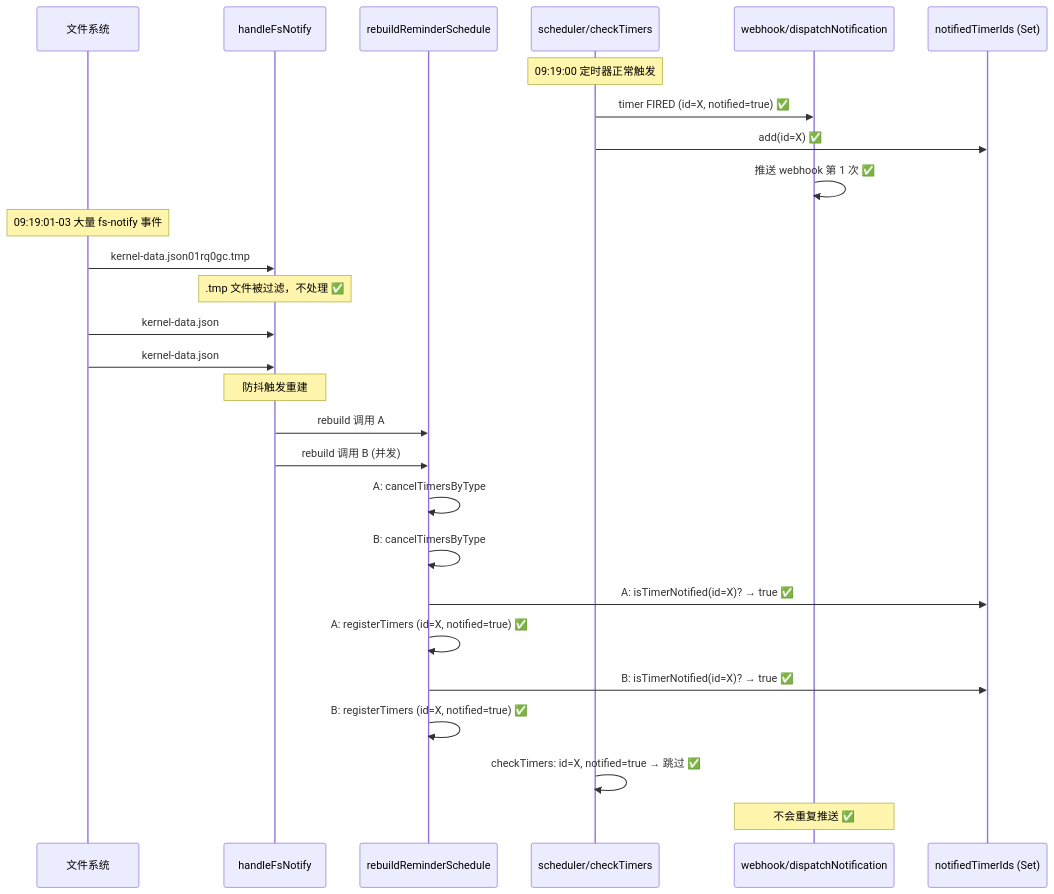
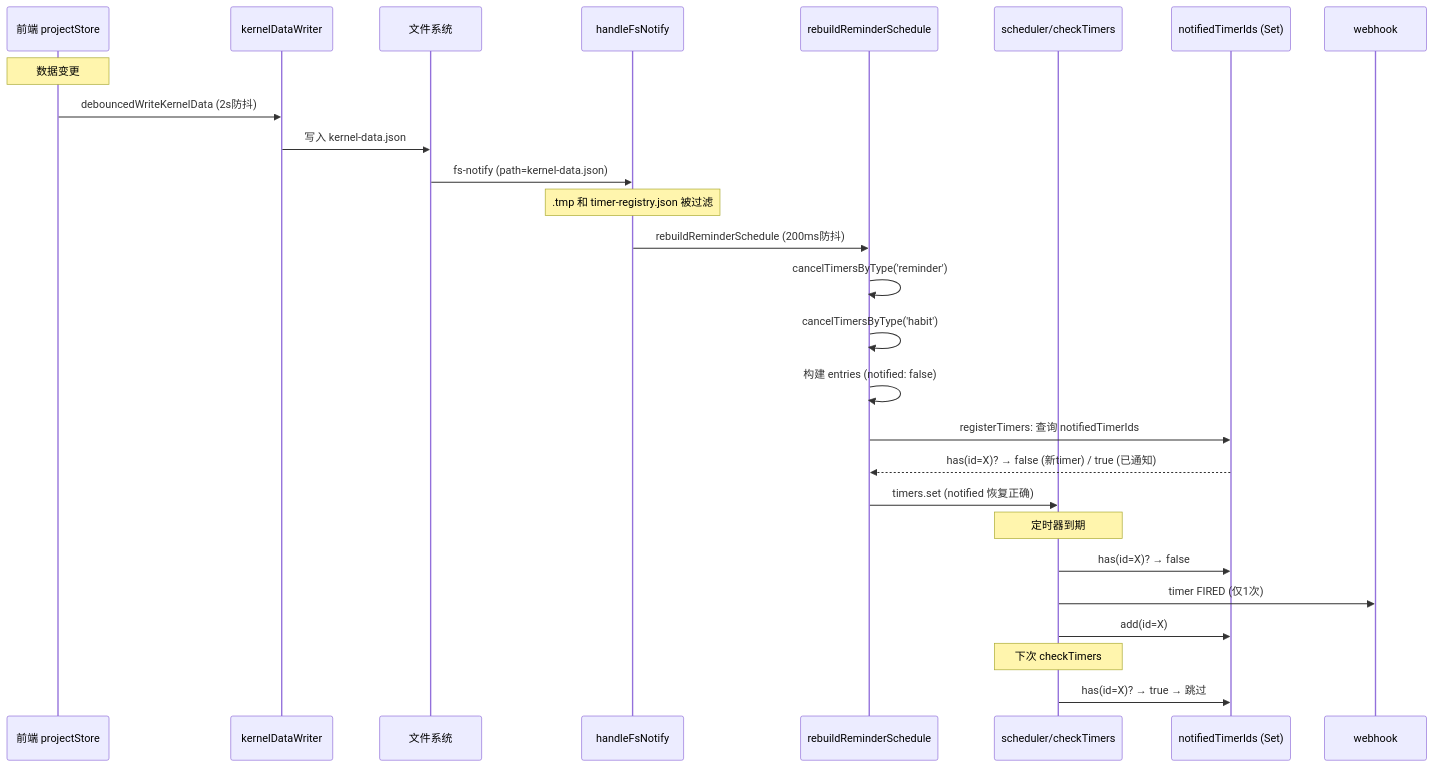
The first of 2 diagrams in docs/superpowers/specs/2026-05-28-webhook-reminder-dedup-design.md (MoonBottle/siyuan-plugin-bullet-journal), drawn with Mermaid before and after one commit. The commit also changed other lines of this file and 7 other files, not shown here.

````diff
--- a/docs/superpowers/specs/2026-05-28-webhook-reminder-dedup-design.md
+++ b/docs/superpowers/specs/2026-05-28-webhook-reminder-dedup-design.md
@@ -68,34 +72,32 @@
 ```mermaid
 sequenceDiagram
+    participant FE as 前端 projectStore
+    participant KDW as kernelDataWriter
     participant FS as 文件系统
     participant HFN as handleFsNotify
     participant RRS as rebuildReminderSchedule
     participant SCH as scheduler/checkTimers
-    participant WH as webhook/dispatchNotification
     participant NTIDS as notifiedTimerIds (Set)
+    participant WH as webhook
 
-    Note over SCH: 09:19:00 定时器正常触发
-    SCH->>WH: timer FIRED (id=X, notified=true) ✅
-    SCH->>NTIDS: add(id=X) ✅
-    WH->>WH: 推送 webhook 第 1 次 ✅
+    Note over FE: 数据变更
+    FE->>KDW: debouncedWriteKernelData (2s防抖)
+    KDW->>FS: 写入 kernel-data.json
+    FS->>HFN: fs-notify (path=kernel-data.json)
+    Note over HFN: .tmp 和 timer-registry.json 被过滤
+    HFN->>RRS: rebuildReminderSchedule (200ms防抖)
+    RRS->>RRS: cancelTimersByType('reminder')
+    RRS->>RRS: cancelTimersByType('habit')
+    RRS->>RRS: 构建 entries (notified: false)
+    RRS->>NTIDS: registerTimers: 查询 notifiedTimerIds
+    NTIDS-->>RRS: has(id=X)? → false (新timer) / true (已通知)
+    RRS->>SCH: timers.set (notified 恢复正确)
 
-    Note over FS: 09:19:01-03 大量 fs-notify 事件
-    FS->>HFN: kernel-data.json01rq0gc.tmp
-    Note over HFN: .tmp 文件被过滤，不处理 ✅
-    FS->>HFN: kernel-data.json
-    FS->>HFN: kernel-data.json
+    Note over SCH: 定时器到期
+    SCH->>NTIDS: has(id=X)? → false
+    SCH->>WH: timer FIRED (仅1次)
+    SCH->>NTIDS: add(id=X)
 
-    Note over HFN: 防抖触发重建
-    HFN->>RRS: rebuild 调用 A
-    HFN->>RRS: rebuild 调用 B (并发)
-
-    RRS->>RRS: A: cancelTimersByType
-    RRS->>RRS: B: cancelTimersByType
-    RRS->>NTIDS: A: isTimerNotified(id=X)? → true ✅
-    RRS->>RRS: A: registerTimers (id=X, notified=true) ✅
-    RRS->>NTIDS: B: isTimerNotified(id=X)? → true ✅
-    RRS->>RRS: B: registerTimers (id=X, notified=true) ✅
-
-    SCH->>SCH: checkTimers: id=X, notified=true → 跳过 ✅
-    Note over WH: 不会重复推送 ✅
+    Note over SCH: 下次 checkTimers
+    SCH->>NTIDS: has(id=X)? → true → 跳过
 ```
````
